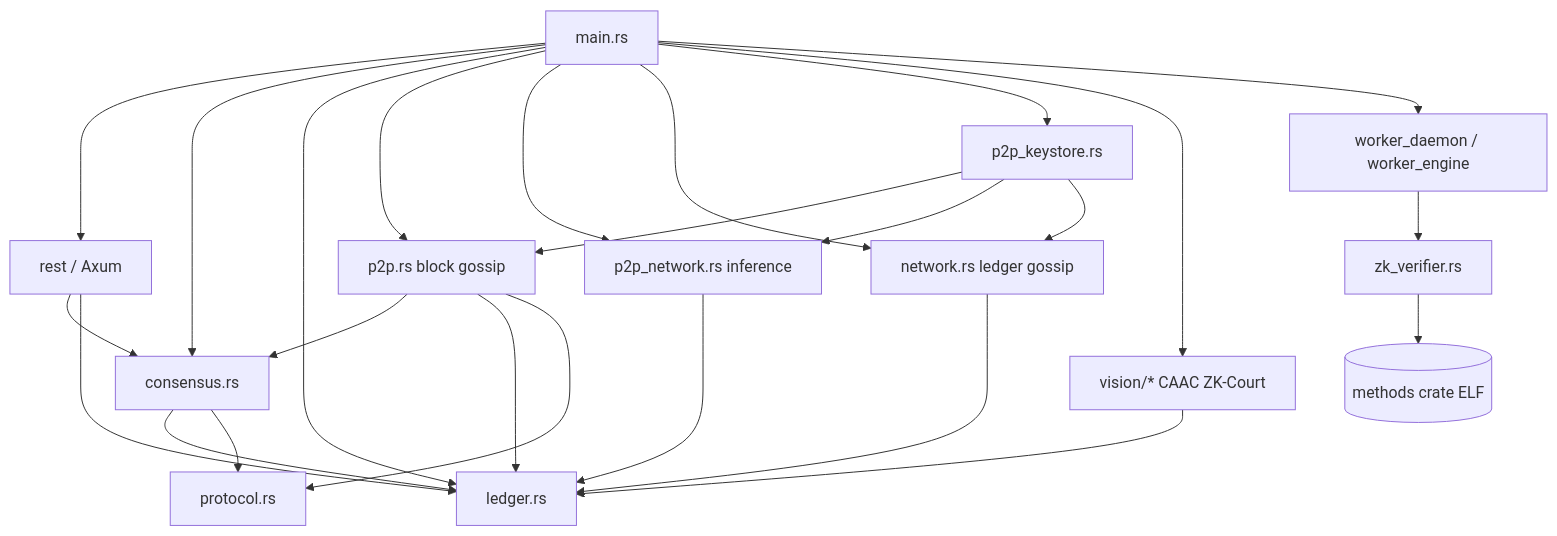
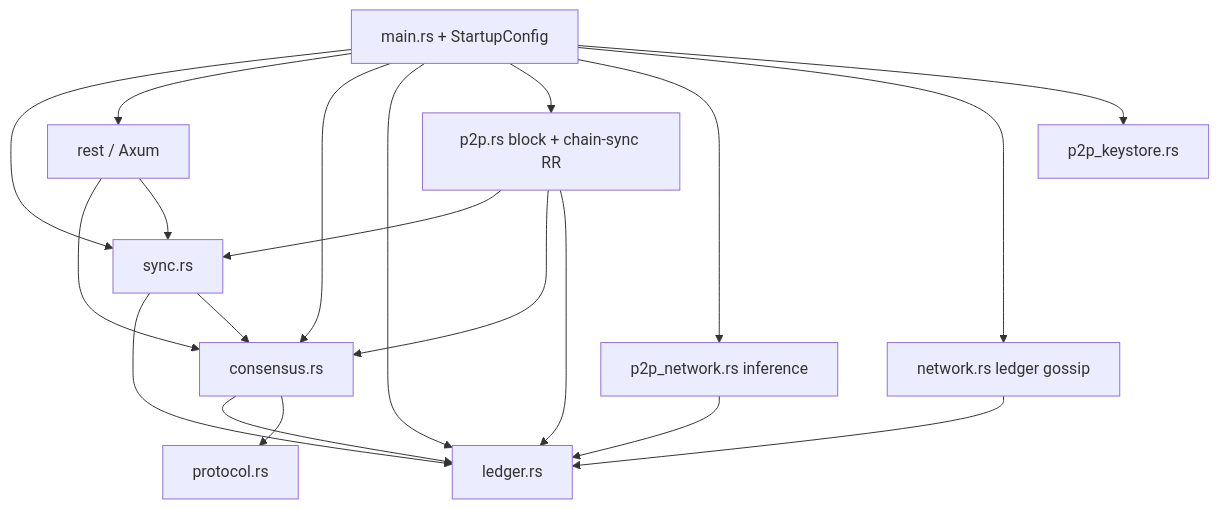
The diagram in docs/CODEBASE_OVERVIEW.md (TET-Network-Foundation/TET-OS), drawn with Mermaid before and after one commit. The commit also changed other lines of this file and 2 other files, not shown here.

````diff
--- a/docs/CODEBASE_OVERVIEW.md
+++ b/docs/CODEBASE_OVERVIEW.md
@@ -94,41 +79,33 @@
 ```mermaid
 flowchart TB
-    main[main.rs]
+    main[main.rs + StartupConfig]
+    sync[sync.rs]
     rest[rest / Axum]
     consensus[consensus.rs]
     ledger[ledger.rs]
     protocol[protocol.rs]
-    p2p[p2p.rs block gossip]
+    p2p[p2p.rs block + chain-sync RR]
     p2pnet[p2p_network.rs inference]
     net[network.rs ledger gossip]
     ks[p2p_keystore.rs]
-    vision[vision/* CAAC ZK-Court]
-    worker[worker_daemon / worker_engine]
-    zk[zk_verifier.rs]
-    methods[(methods crate ELF)]
 
+    main --> sync
     main --> rest
     main --> consensus
     main --> ledger
     main --> p2p
     main --> p2pnet
     main --> net
     main --> ks
-    main --> vision
-    main --> worker
+    sync --> ledger
+    sync --> consensus
+    p2p --> sync
+    p2p --> consensus
+    p2p --> ledger
     consensus --> ledger
     consensus --> protocol
-    p2p --> consensus
-    p2p --> ledger
-    p2p --> protocol
+    rest --> consensus
+    rest --> sync
     p2pnet --> ledger
     net --> ledger
-    ks --> p2p
-    ks --> p2pnet
-    ks --> net
-    rest --> consensus
-    rest --> ledger
-    worker --> zk
-    zk --> methods
-    vision --> ledger
 ```
````
